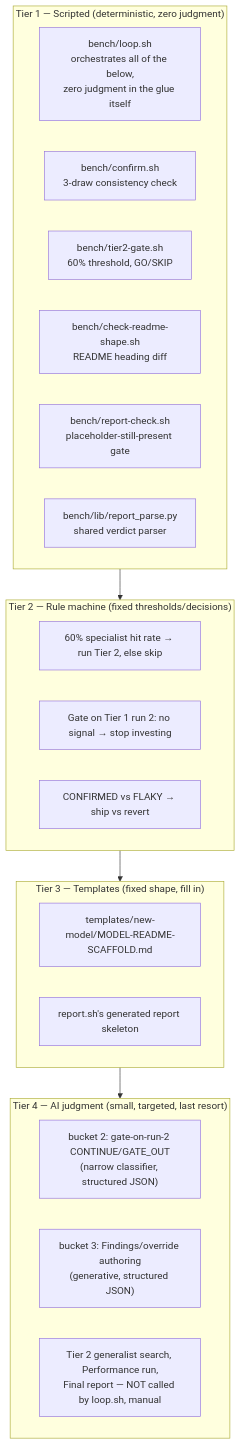
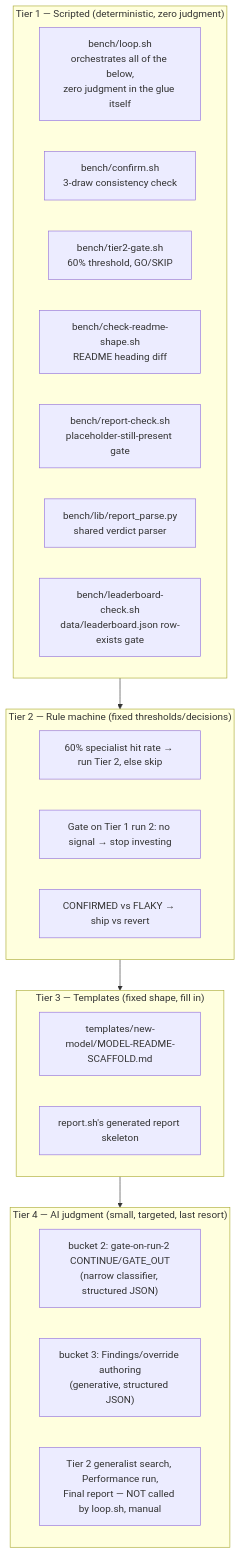
One commit to peppekerstens/testlocalai changed the first of 3 diagrams in docs/QUALITY-LOOP-WORKFLOW.md. Above: the diagram before and after it, drawn with Mermaid. The commit also changed other lines of this file and 4 other files, not shown here.

````diff
--- a/docs/QUALITY-LOOP-WORKFLOW.md
+++ b/docs/QUALITY-LOOP-WORKFLOW.md
@@ -24,26 +24,27 @@
 ```mermaid
 flowchart TD
     subgraph T1["Tier 1 — Scripted (deterministic, zero judgment)"]
         A0["bench/loop.sh<br/>orchestrates all of the below,<br/>zero judgment in the glue itself"]
         A1["bench/confirm.sh<br/>3-draw consistency check"]
         A2["bench/tier2-gate.sh<br/>60% threshold, GO/SKIP"]
         A3["bench/check-readme-shape.sh<br/>README heading diff"]
         A4["bench/report-check.sh<br/>placeholder-still-present gate"]
         A5["bench/lib/report_parse.py<br/>shared verdict parser"]
+        A6["bench/leaderboard-check.sh<br/>data/leaderboard.json row-exists gate"]
     end
     subgraph T2["Tier 2 — Rule machine (fixed thresholds/decisions)"]
         B1["60% specialist hit rate → run Tier 2, else skip"]
         B2["Gate on Tier 1 run 2: no signal → stop investing"]
         B3["CONFIRMED vs FLAKY → ship vs revert"]
     end
     subgraph T3["Tier 3 — Templates (fixed shape, fill in)"]
         C1["templates/new-model/MODEL-README-SCAFFOLD.md"]
         C2["report.sh's generated report skeleton"]
     end
     subgraph T4["Tier 4 — AI judgment (small, targeted, last resort)"]
         D1["bucket 2: gate-on-run-2 CONTINUE/GATE_OUT<br/>(narrow classifier, structured JSON)"]
         D2["bucket 3: Findings/override authoring<br/>(generative, structured JSON)"]
         D3["Tier 2 generalist search, Performance run,<br/>Final report — NOT called by loop.sh, manual"]
     end
     T1 --> T2 --> T3 --> T4
 ```
````
